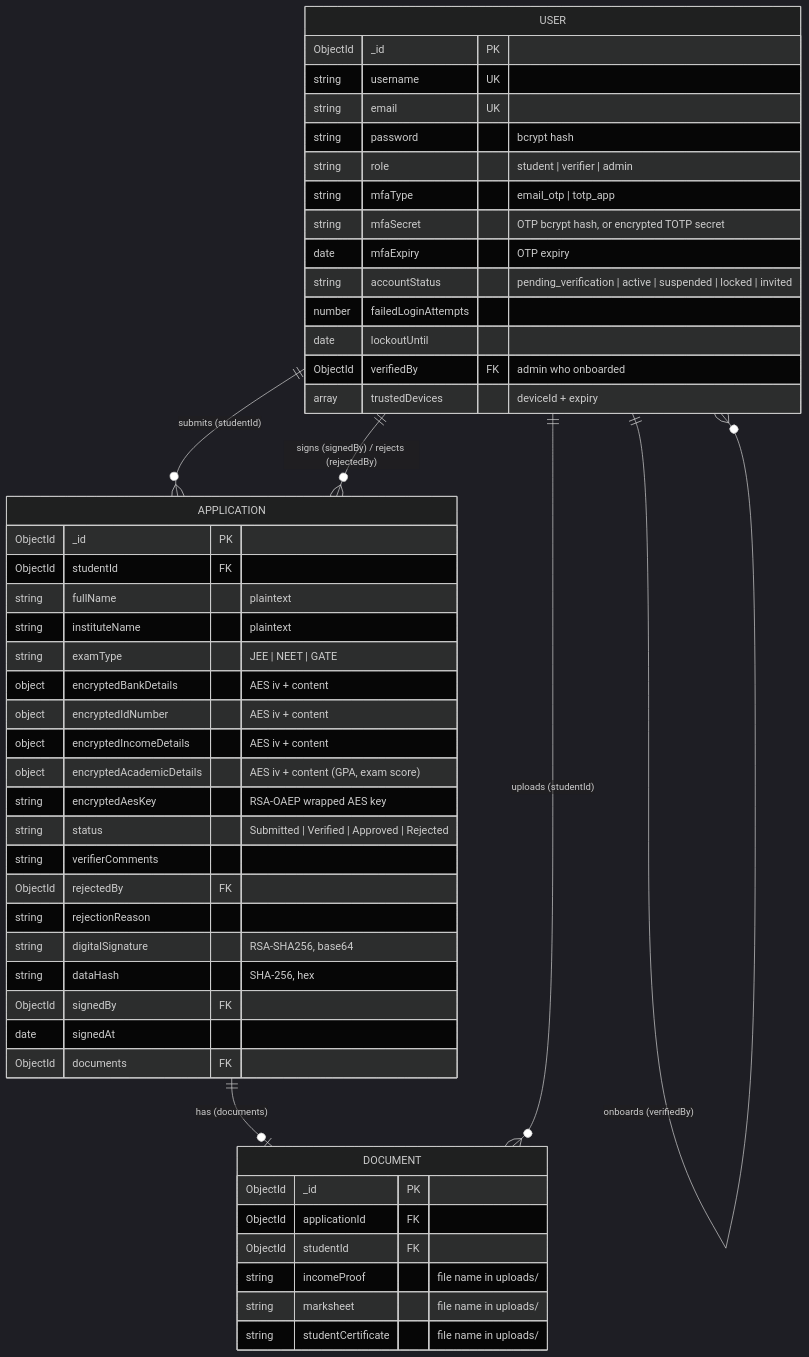
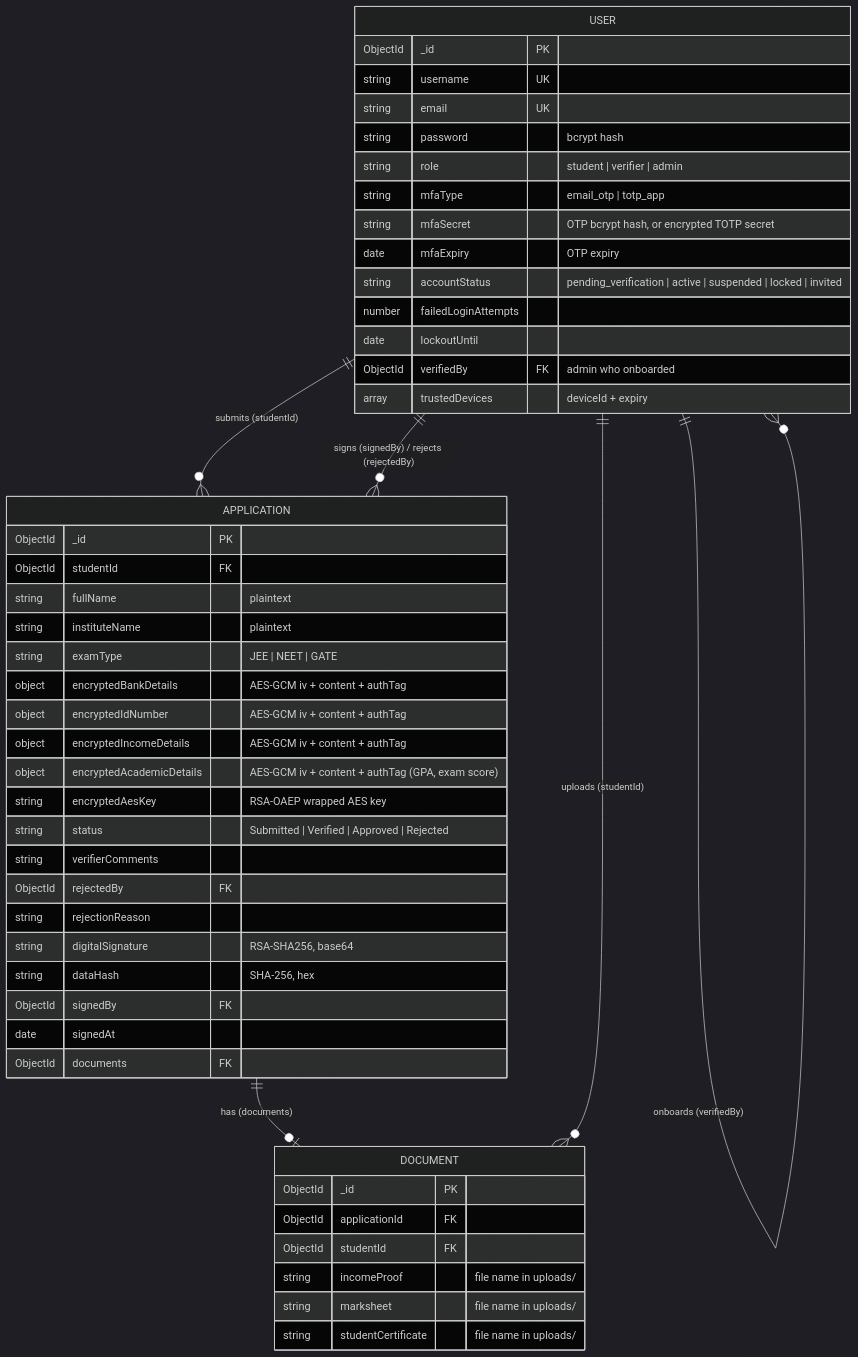
Before and after one commit to USER1043/ScholarshipSystem-Backend: the tenth of 10 diagrams in docs/ARCHITECTURE.md, drawn with Mermaid (dark theme). The commit also changed other lines of this file and 6 other files, not shown here.

First line of the commit message:
feat: switch AES encryption to AES-256-GCM

````diff
--- a/docs/ARCHITECTURE.md
+++ b/docs/ARCHITECTURE.md
@@ -340,55 +340,55 @@
 ```mermaid
 erDiagram
     USER ||--o{ APPLICATION : "submits (studentId)"
     USER ||--o{ APPLICATION : "signs (signedBy) / rejects (rejectedBy)"
     USER ||--o{ USER : "onboards (verifiedBy)"
     APPLICATION ||--o| DOCUMENT : "has (documents)"
     USER ||--o{ DOCUMENT : "uploads (studentId)"
 
     USER {
         ObjectId _id PK
         string username UK
         string email UK
         string password "bcrypt hash"
         string role "student | verifier | admin"
         string mfaType "email_otp | totp_app"
         string mfaSecret "OTP bcrypt hash, or encrypted TOTP secret"
         date mfaExpiry "OTP expiry"
         string accountStatus "pending_verification | active | suspended | locked | invited"
         number failedLoginAttempts
         date lockoutUntil
         ObjectId verifiedBy FK "admin who onboarded"
         array trustedDevices "deviceId + expiry"
     }
 
     APPLICATION {
         ObjectId _id PK
         ObjectId studentId FK
         string fullName "plaintext"
         string instituteName "plaintext"
         string examType "JEE | NEET | GATE"
-        object encryptedBankDetails "AES iv + content"
-        object encryptedIdNumber "AES iv + content"
-        object encryptedIncomeDetails "AES iv + content"
-        object encryptedAcademicDetails "AES iv + content (GPA, exam score)"
+        object encryptedBankDetails "AES-GCM iv + content + authTag"
+        object encryptedIdNumber "AES-GCM iv + content + authTag"
+        object encryptedIncomeDetails "AES-GCM iv + content + authTag"
+        object encryptedAcademicDetails "AES-GCM iv + content + authTag (GPA, exam score)"
         string encryptedAesKey "RSA-OAEP wrapped AES key"
         string status "Submitted | Verified | Approved | Rejected"
         string verifierComments
         ObjectId rejectedBy FK
         string rejectionReason
         string digitalSignature "RSA-SHA256, base64"
         string dataHash "SHA-256, hex"
         ObjectId signedBy FK
         date signedAt
         ObjectId documents FK
     }
 
     DOCUMENT {
         ObjectId _id PK
         ObjectId applicationId FK
         ObjectId studentId FK
         string incomeProof "file name in uploads/"
         string marksheet "file name in uploads/"
         string studentCertificate "file name in uploads/"
     }
 ```
````
